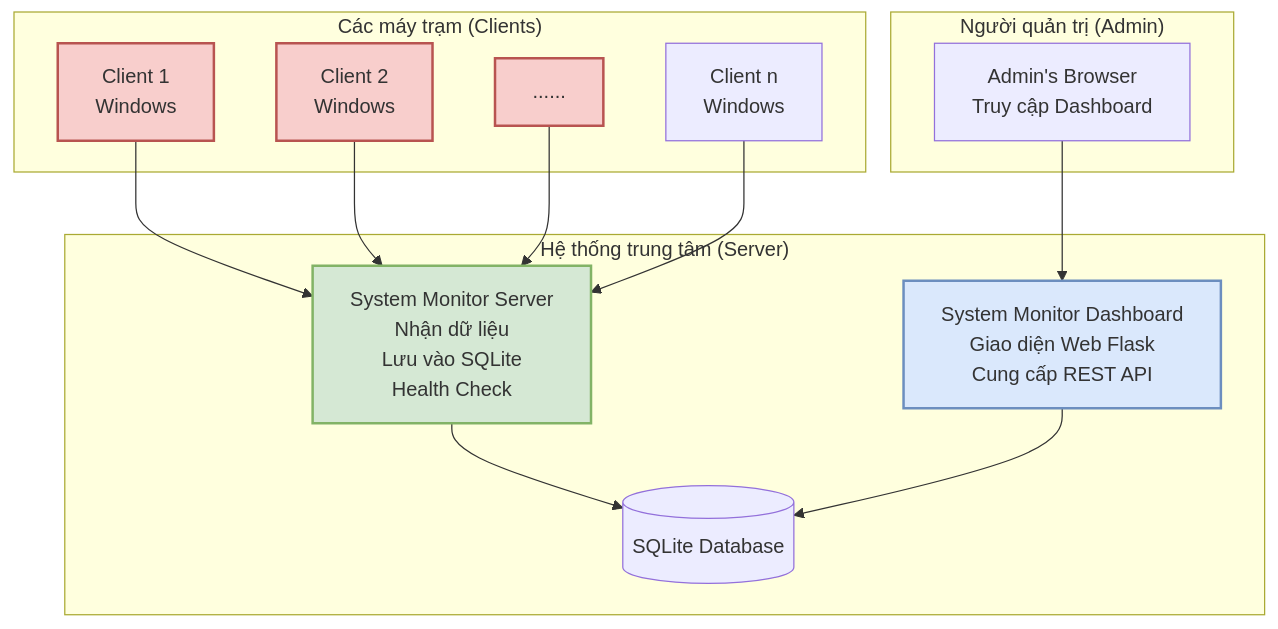
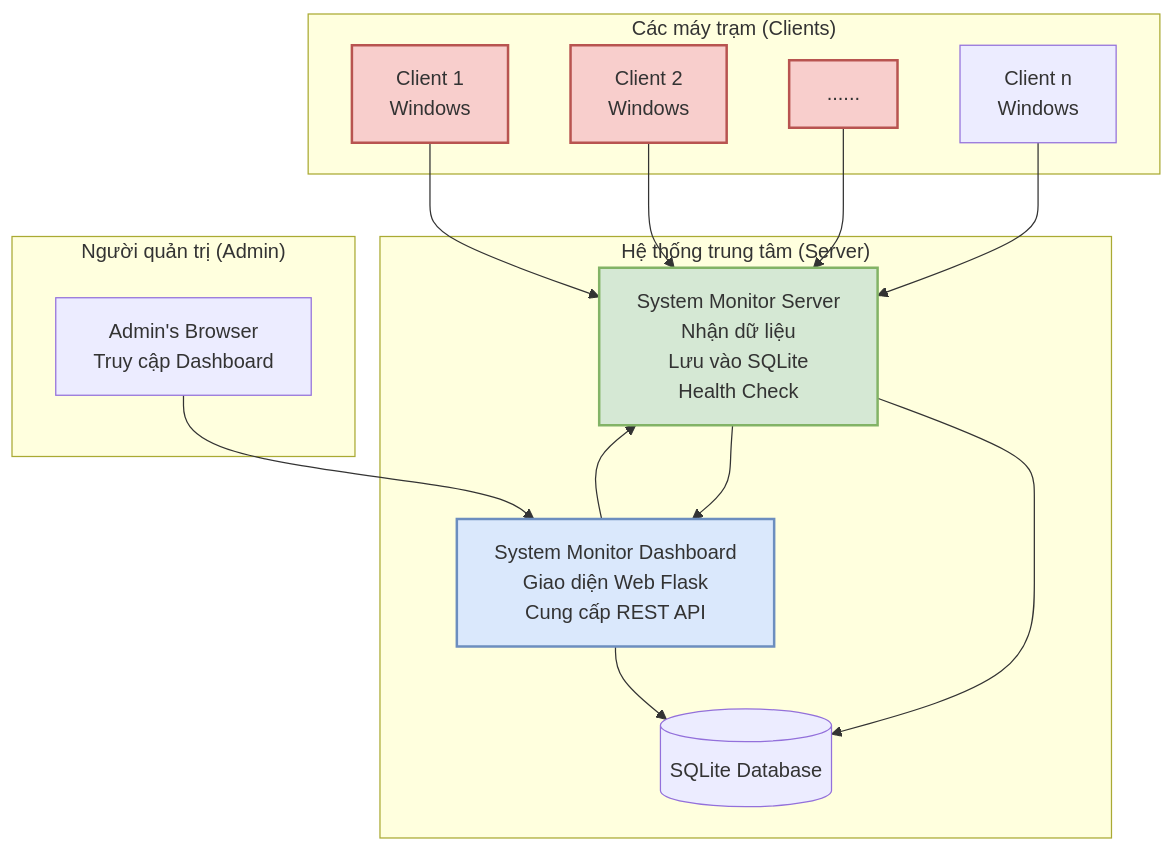
Before and after one commit to caophuocdanh/System-Monitor: the diagram in README.md, drawn with Mermaid.

````diff
--- a/README.md
+++ b/README.md
@@ -56,34 +56,35 @@
 ```mermaid
 graph TD
     subgraph "Các máy trạm (Clients)"
         C1[Client 1 <br> Windows]
         C2[Client 2 <br> Windows]
         C3[......]
         C4[Client n <br> Windows]
     end
 
     subgraph "Hệ thống trung tâm (Server)"
         S[System Monitor Server <br>Nhận dữ liệu <br>Lưu vào SQLite <br>Health Check]
         DB[(SQLite Database)]
         DASH[System Monitor Dashboard <br>Giao diện Web Flask <br>Cung cấp REST API]
     end
 
     subgraph "Người quản trị (Admin)"
         ADMIN[Admin's Browser <br> Truy cập Dashboard]
     end
 
     C1 --> S
     C2 --> S
     C3 --> S
     C4 --> S
 
     S --> DB
     DASH --> DB
     ADMIN --> DASH
+    S --> DASH --> S
 
     style S fill:#D5E8D4,stroke:#82B366,stroke-width:2px
     style DASH fill:#DAE8FC,stroke:#6C8EBF,stroke-width:2px
     style C1 fill:#F8CECC,stroke:#B85450,stroke-width:2px
     style C2 fill:#F8CECC,stroke:#B85450,stroke-width:2px
     style C3 fill:#F8CECC,stroke:#B85450,stroke-width:2px
 ```
````
